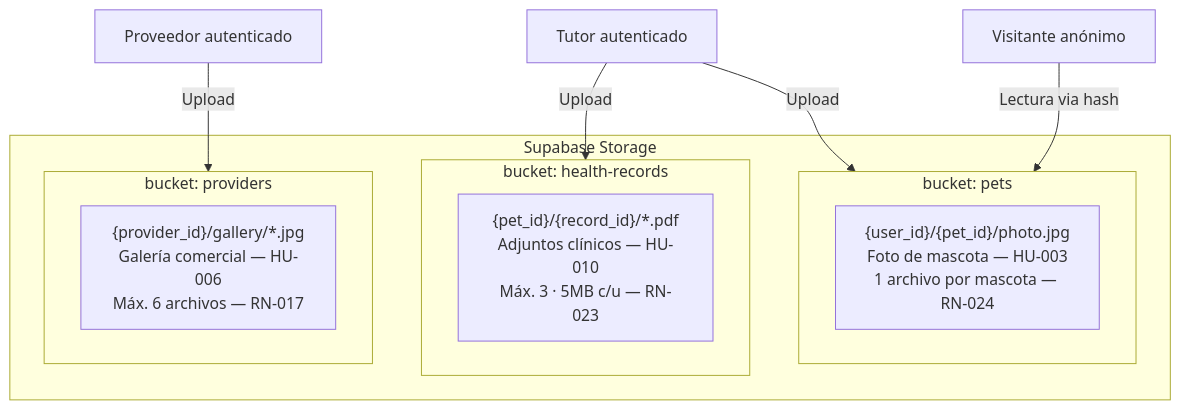
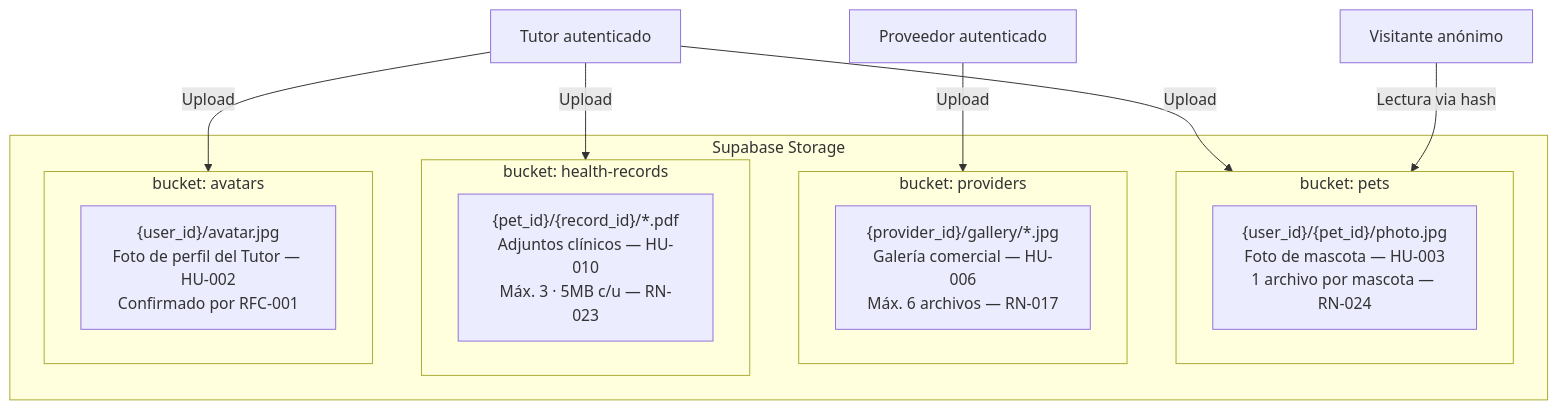
One commit to NachoGonzalezParks/Appatitas changed the ninth of 22 diagrams in docs/system-architecture.md. Above: the diagram before and after it, drawn with Mermaid. The commit also changed other lines of this file and 21 other files, not shown here.

````diff
--- a/docs/system-architecture.md
+++ b/docs/system-architecture.md
@@ -407,21 +449,26 @@
 ```mermaid
 graph TB
     subgraph STR["Supabase Storage"]
         subgraph B1["bucket: pets"]
             P1["{user_id}/{pet_id}/photo.jpg\nFoto de mascota — HU-003\n1 archivo por mascota — RN-024"]
         end
 
         subgraph B2["bucket: providers"]
             P2["{provider_id}/gallery/*.jpg\nGalería comercial — HU-006\nMáx. 6 archivos — RN-017"]
         end
 
         subgraph B3["bucket: health-records"]
             P3["{pet_id}/{record_id}/*.pdf\nAdjuntos clínicos — HU-010\nMáx. 3 · 5MB c/u — RN-023"]
         end
+
+        subgraph B4["bucket: avatars"]
+            P4["{user_id}/avatar.jpg\nFoto de perfil del Tutor — HU-002\nConfirmado por RFC-001"]
+        end
     end
 
     TUTOR[Tutor autenticado] -->|Upload| B1
     TUTOR -->|Upload| B3
+    TUTOR -->|Upload| B4
     PROV[Proveedor autenticado] -->|Upload| B2
     ANON[Visitante anónimo] -->|Lectura via hash| B1
 ```
````
